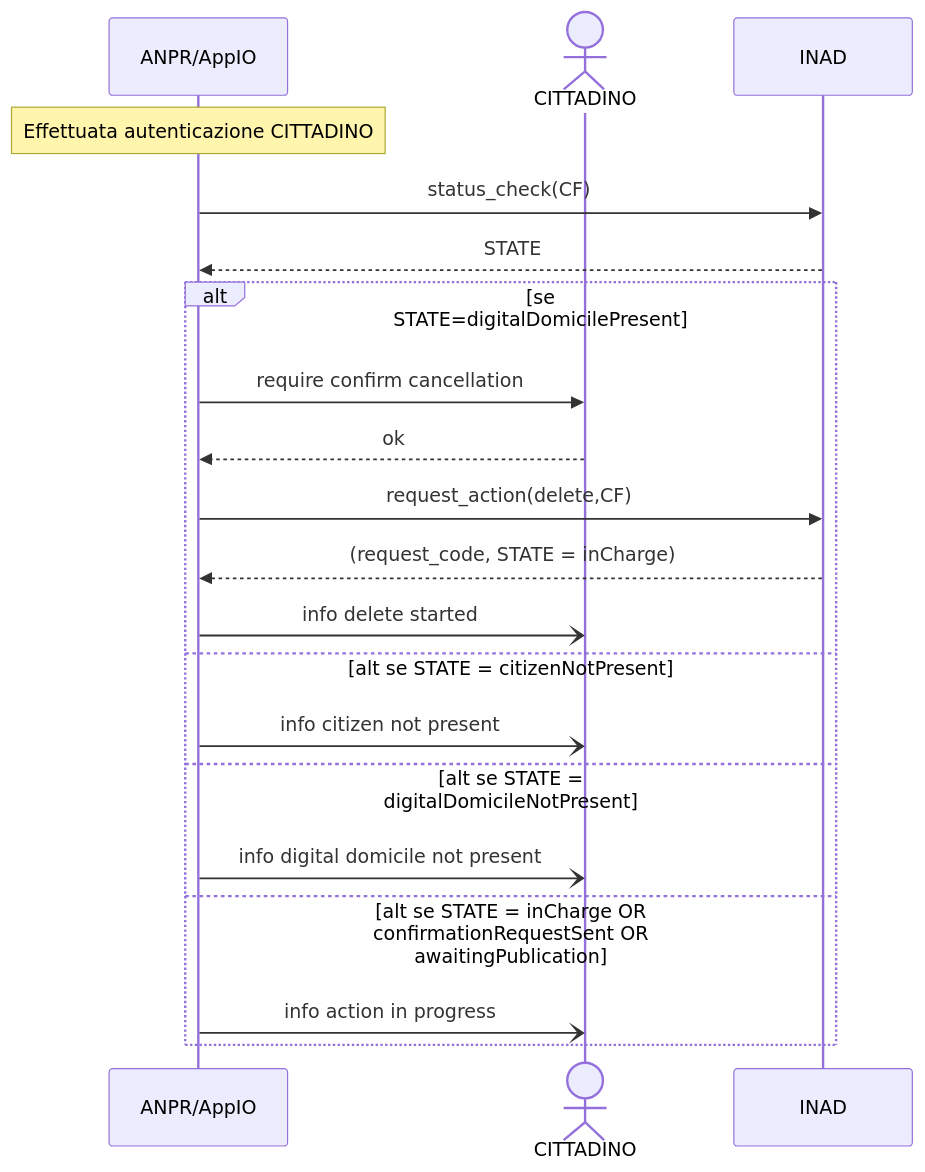
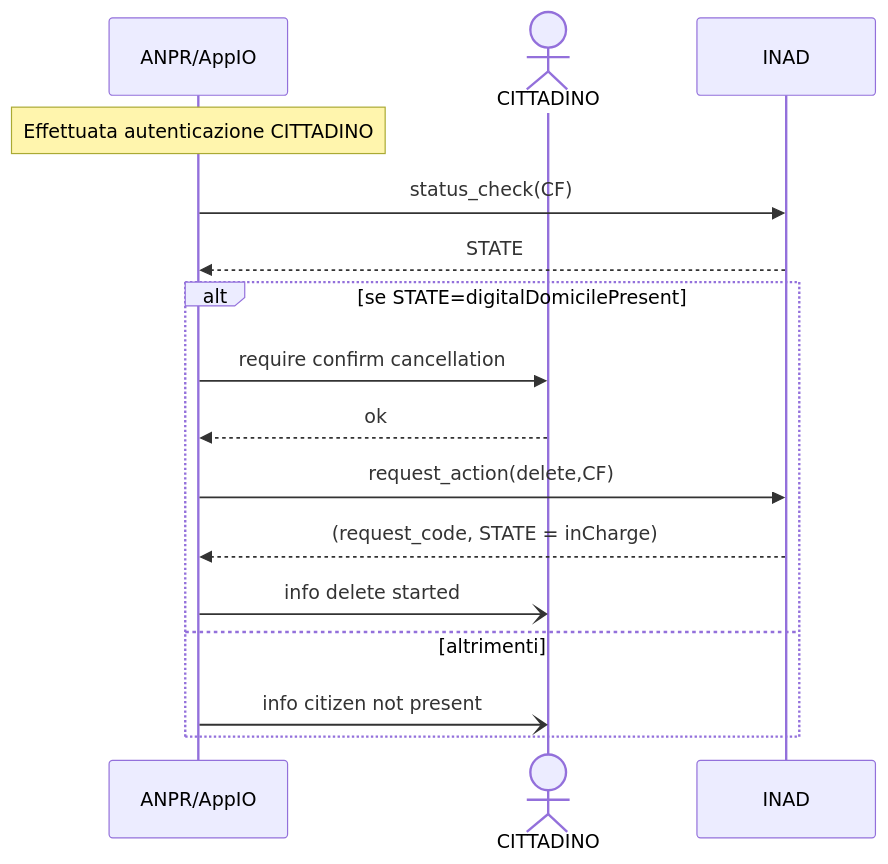
Before and after one commit to ioggstream/verify_integration_INAD_with_ANPR-IO: the diagram in mermind/UC004.md, drawn with Mermaid. The commit also changed 10 other files, not shown here.

````diff
--- a/mermind/UC004.md
+++ b/mermind/UC004.md
@@ -3,29 +3,22 @@
 ```mermaid
  sequenceDiagram
   participant A as ANPR/AppIO
   actor C as CITTADINO
   participant I as INAD
 
   Note over A: Effettuata autenticazione CITTADINO
 
   A ->> I: status_check(CF)
   I -->> A: STATE
 
   alt se STATE=digitalDomicilePresent 
     A ->> C: require confirm cancellation
     C -->> A: ok
     A ->> I: request_action(delete,CF)
     I -->> A: (request_code, STATE = inCharge)
     A -) C: info delete started
   
-  else alt se STATE = citizenNotPresent
+  else altrimenti
     A -) C: info citizen not present
-
-  else alt se STATE = digitalDomicileNotPresent
-    A -) C: info digital domicile not present
-
-  else alt se STATE = inCharge OR confirmationRequestSent OR awaitingPublication
-    A -) C: info action in progress
-
   end
 ```
````
